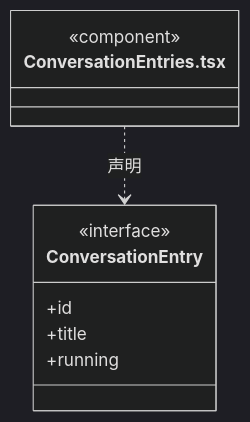
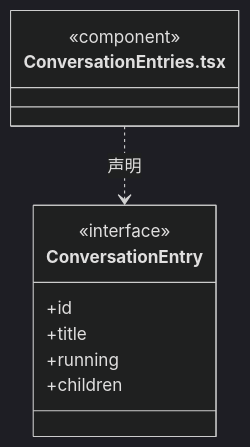
One commit to nan023062/cbim changed diagram 18 of 50 in src/view/conversation/ARCHITECTURE.md. Above: the diagram before and after it, drawn with Mermaid (dark theme). The commit also changed other lines of this file and 24 other files, not shown here.

````diff
--- a/src/view/conversation/ARCHITECTURE.md
+++ b/src/view/conversation/ARCHITECTURE.md
@@ -264,13 +266,14 @@
 ```mermaid
 classDiagram
 class N_src_view_conversation_ConversationEntries_tsx["ConversationEntries.tsx"] {
   <<component>>
 }
 class N_src_view_conversation_ConversationEntries_tsx_ConversationEntry["ConversationEntry"] {
   <<interface>>
   +id
   +title
   +running
+  +children
 }
 N_src_view_conversation_ConversationEntries_tsx ..> N_src_view_conversation_ConversationEntries_tsx_ConversationEntry : 声明
 ```
````
